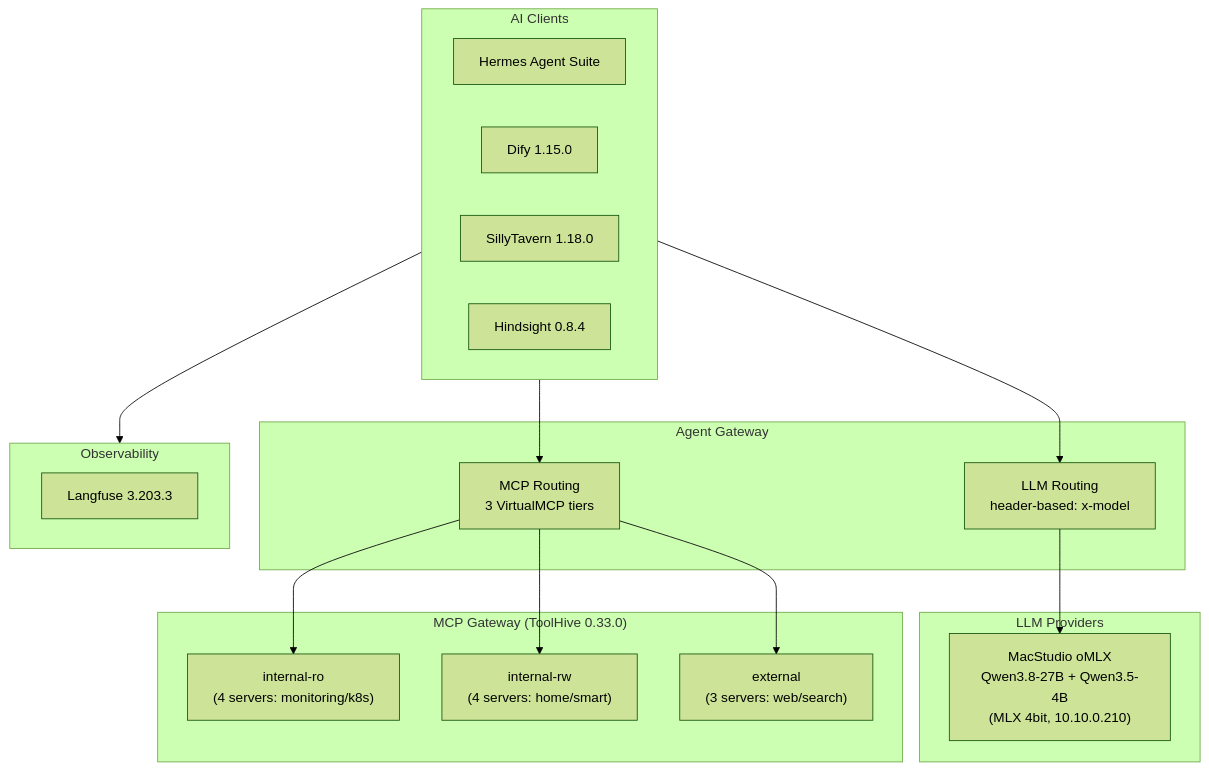
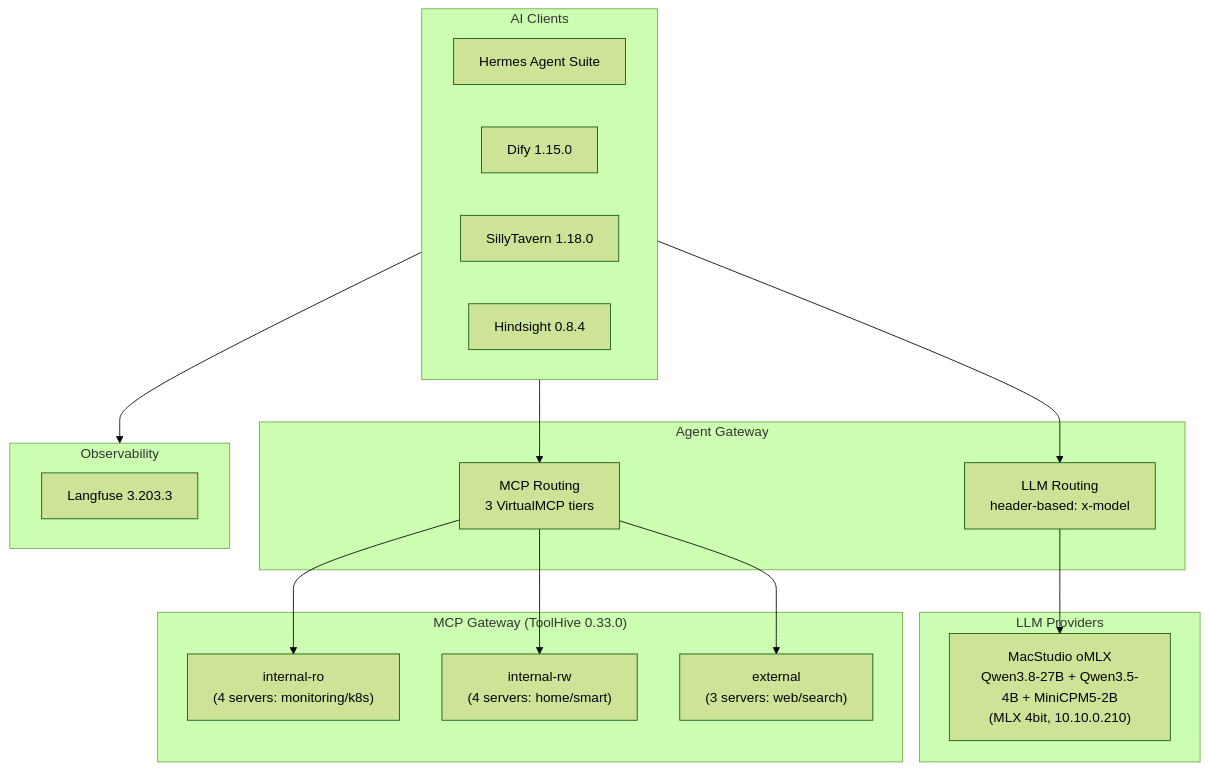
The diagram in docs/application/ai.md (soulwhisper/homelab-ops), drawn with Mermaid (forest theme) before and after one commit. The commit also changed other lines of this file and 5 other files, not shown here.

````diff
--- a/docs/application/ai.md
+++ b/docs/application/ai.md
@@ -8,36 +8,36 @@
 ```mermaid
 flowchart TB
     subgraph Clients["AI Clients"]
         Hermes["Hermes Agent Suite"]
         Dify["Dify 1.15.0"]
         ST["SillyTavern 1.18.0"]
         HS["Hindsight 0.8.4"]
     end
 
     subgraph Gateway["Agent Gateway"]
         AG-LLM["LLM Routing<br/>header-based: x-model"]
         AG-MCP["MCP Routing<br/>3 VirtualMCP tiers"]
     end
 
     subgraph LLM["LLM Providers"]
-        Studio["MacStudio oMLX<br/>Qwen3.8-27B + Qwen3.5-4B<br/>(MLX 4bit, 10.10.0.210)"]
+        Studio["MacStudio oMLX<br/>Qwen3.8-27B + Qwen3.5-4B + MiniCPM5-2B<br/>(MLX 4bit, 10.10.0.210)"]
     end
 
     subgraph MCP["MCP Gateway (ToolHive 0.33.0)"]
         VMCP-RO["internal-ro<br/>(4 servers: monitoring/k8s)"]
         VMCP-RW["internal-rw<br/>(4 servers: home/smart)"]
         VMCP-EXT["external<br/>(3 servers: web/search)"]
     end
 
     subgraph Obs["Observability"]
         Langfuse["Langfuse 3.203.3"]
     end
 
     Clients --> AG-LLM
     Clients --> AG-MCP
     AG-LLM --> Studio
     AG-MCP --> VMCP-RO
     AG-MCP --> VMCP-RW
     AG-MCP --> VMCP-EXT
     Clients --> Obs
 ```
````
